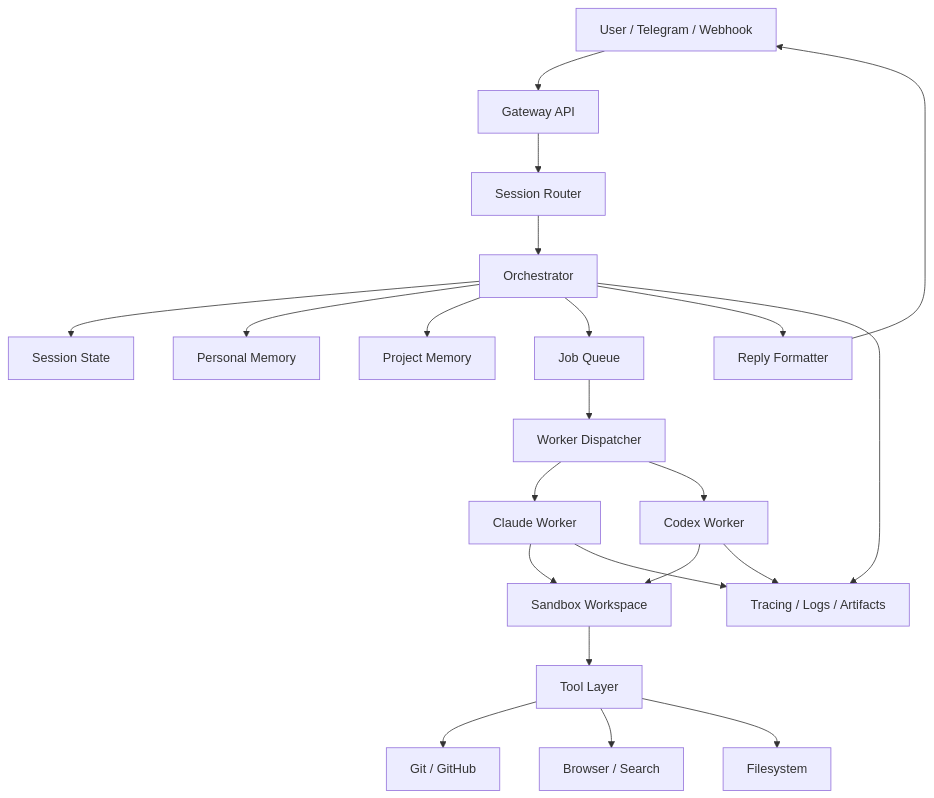
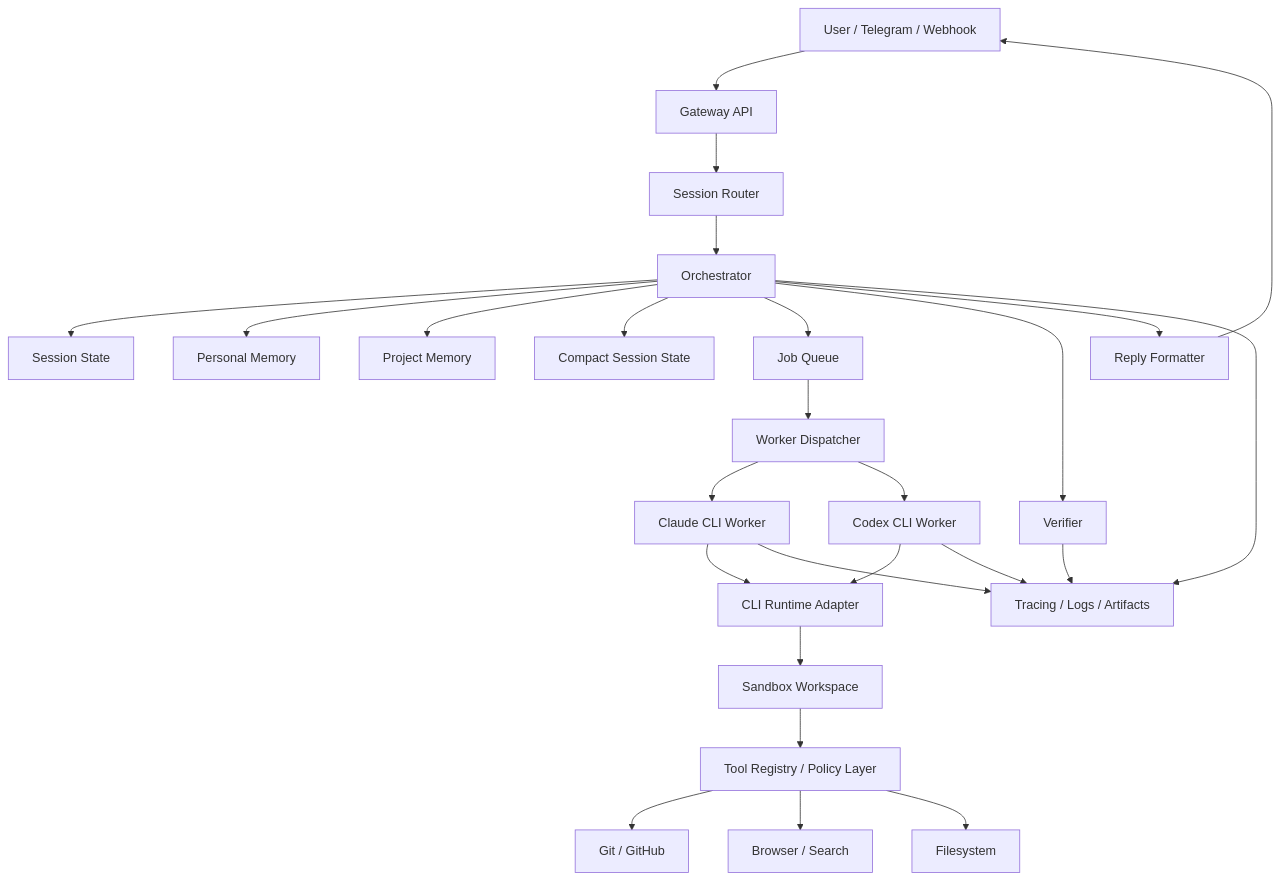
Before and after one commit to natanayalo/code-agent: the diagram in docs/architecture.md, drawn with Mermaid. The commit also changed other lines of this file and 4 other files, not shown here.

Commit message:
docs: update CLI-first implementation roadmap

````diff
--- a/docs/architecture.md
+++ b/docs/architecture.md
@@ -18,30 +18,34 @@
 ```mermaid
 flowchart TD
     U[User / Telegram / Webhook] --> G[Gateway API]
     G --> S[Session Router]
     S --> O[Orchestrator]
 
     O --> M1[Session State]
     O --> M2[Personal Memory]
     O --> M3[Project Memory]
+    O --> M4[Compact Session State]
     O --> Q[Job Queue]
 
     Q --> D[Worker Dispatcher]
-    D --> CW[Claude Worker]
-    D --> OW[Codex Worker]
+    D --> CW[Claude CLI Worker]
+    D --> OW[Codex CLI Worker]
 
-    CW --> X[Sandbox Workspace]
-    OW --> X
+    CW --> C[CLI Runtime Adapter]
+    OW --> C
+    C --> X[Sandbox Workspace]
 
-    X --> T[Tool Layer]
+    X --> T[Tool Registry / Policy Layer]
     T --> GH[Git / GitHub]
     T --> BR[Browser / Search]
     T --> FS[Filesystem]
 
+    O --> V[Verifier]
     O --> R[Reply Formatter]
     R --> U
 
     O --> OBS[Tracing / Logs / Artifacts]
+    V --> OBS
     CW --> OBS
     OW --> OBS
 ```
````
